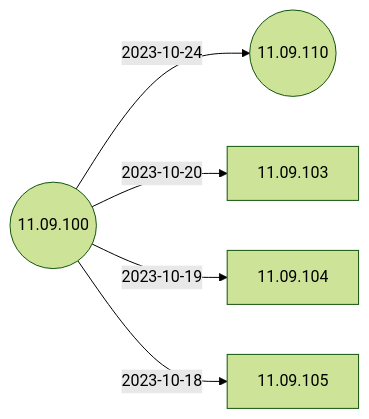
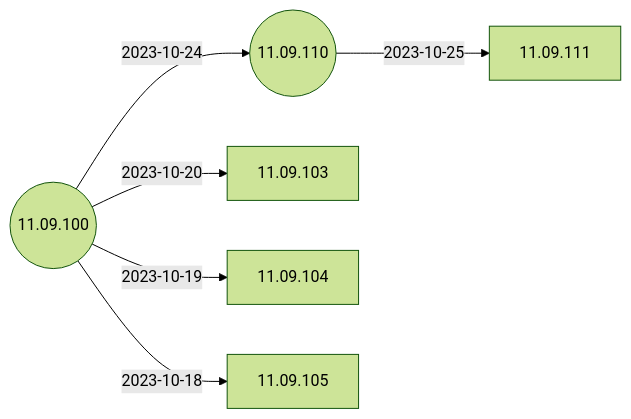
The second of 5 diagrams in docs/Docs/ReleaseNotes/01-OS11/README.md (IGEL-Community/IGEL-Docs-v02), drawn with Mermaid (forest theme) before and after one commit. The commit also changed other lines of this file and 3 other files, not shown here.

````diff
--- a/docs/Docs/ReleaseNotes/01-OS11/README.md
+++ b/docs/Docs/ReleaseNotes/01-OS11/README.md
@@ -41,13 +41,15 @@
 ```mermaid
 flowchart LR
+    11.09.110-- 2023-10-25 -->11.09.111
     11.09.100-- 2023-10-24 -->11.09.110((11.09.110))
     11.09.100-- 2023-10-20 -->11.09.103
     11.09.100-- 2023-10-19 -->11.09.104
     11.09.100-- 2023-10-18 -->11.09.105
     11.09.100((11.09.100))
+    click 11.09.111 "https://github.com/IGEL-Community/IGEL-Docs-v02/tree/main/docs/Docs/ReleaseNotes/01-OS11/readme11.09.111.txt" _blank
     click 11.09.110 "https://github.com/IGEL-Community/IGEL-Docs-v02/tree/main/docs/Docs/ReleaseNotes/01-OS11/readme11.09.110.txt" _blank
     click 11.09.103 "https://github.com/IGEL-Community/IGEL-Docs-v02/tree/main/docs/Docs/ReleaseNotes/01-OS11/readme11.09.103.txt" _blank
     click 11.09.104 "https://github.com/IGEL-Community/IGEL-Docs-v02/tree/main/docs/Docs/ReleaseNotes/01-OS11/readme11.09.104.txt" _blank
     click 11.09.105 "https://github.com/IGEL-Community/IGEL-Docs-v02/tree/main/docs/Docs/ReleaseNotes/01-OS11/readme11.09.105.txt" _blank
     click 11.09.100 "https://github.com/IGEL-Community/IGEL-Docs-v02/tree/main/docs/Docs/ReleaseNotes/01-OS11/readme11.09.100.txt" _blank
 ```
````
